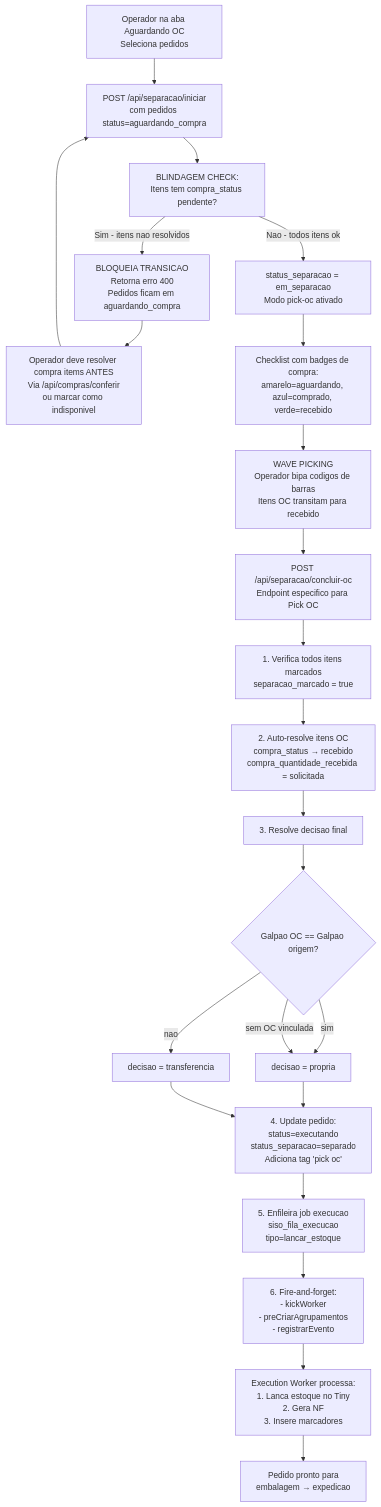
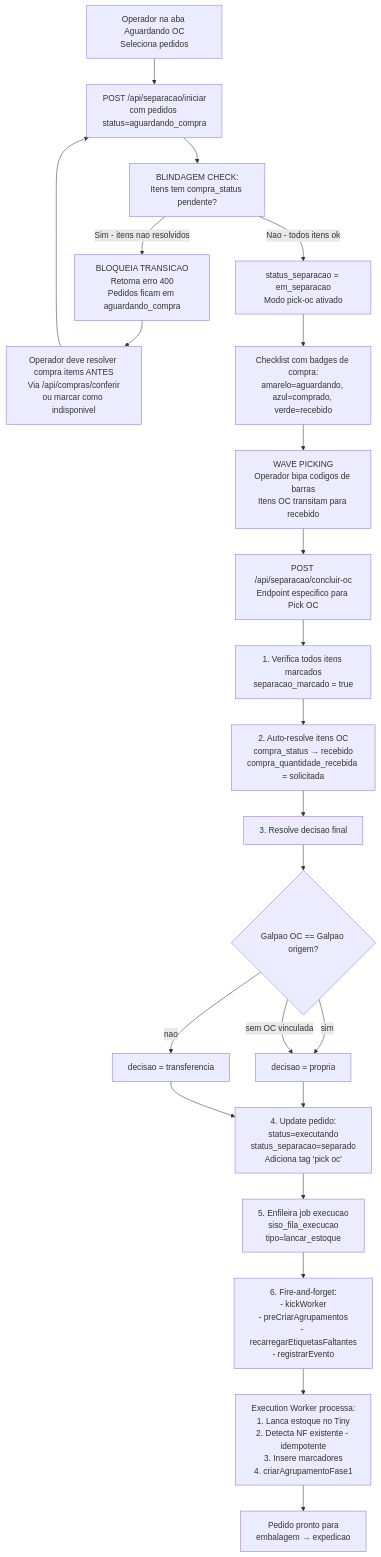
One commit to Eryk-dev/estoquelever changed the sixth of 17 diagrams in docs/fluxos-siso.md. Above: the diagram before and after it, drawn with Mermaid. The commit also changed other lines of this file and 4 other files, not shown here.

````diff
--- a/docs/fluxos-siso.md
+++ b/docs/fluxos-siso.md
@@ -278,36 +286,36 @@
 ```mermaid
 flowchart TD
     A["Operador na aba Aguardando OC<br/>Seleciona pedidos"] --> B["POST /api/separacao/iniciar<br/>com pedidos status=aguardando_compra"]
 
     B --> C["BLINDAGEM CHECK:<br/>Itens tem compra_status pendente?"]
 
     C -->|Sim - itens nao resolvidos| D["BLOQUEIA TRANSICAO<br/>Retorna erro 400<br/>Pedidos ficam em aguardando_compra"]
     D --> E["Operador deve resolver compra items ANTES<br/>Via /api/compras/conferir<br/>ou marcar como indisponivel"]
     E --> B
 
     C -->|Nao - todos itens ok| F["status_separacao = em_separacao<br/>Modo pick-oc ativado"]
     F --> G["Checklist com badges de compra:<br/>amarelo=aguardando, azul=comprado, verde=recebido"]
 
     G --> H["WAVE PICKING<br/>Operador bipa codigos de barras<br/>Itens OC transitam para recebido"]
 
     H --> I["POST /api/separacao/concluir-oc<br/>Endpoint especifico para Pick OC"]
 
     I --> J["1. Verifica todos itens marcados<br/>separacao_marcado = true"]
     J --> K["2. Auto-resolve itens OC<br/>compra_status → recebido<br/>compra_quantidade_recebida = solicitada"]
     K --> L["3. Resolve decisao final"]
 
     L --> M{"Galpao OC == Galpao origem?"}
     M -->|sim| N["decisao = propria"]
     M -->|nao| O["decisao = transferencia"]
     M -->|"sem OC vinculada"| N
 
     N --> P["4. Update pedido:<br/>status=executando<br/>status_separacao=separado<br/>Adiciona tag 'pick oc'"]
     O --> P
 
     P --> Q["5. Enfileira job execucao<br/>siso_fila_execucao<br/>tipo=lancar_estoque"]
-    Q --> R["6. Fire-and-forget:<br/>- kickWorker<br/>- preCriarAgrupamentos<br/>- registrarEvento"]
+    Q --> R["6. Fire-and-forget:<br/>- kickWorker<br/>- preCriarAgrupamentos<br/>- recarregarEtiquetasFaltantes<br/>- registrarEvento"]
 
-    R --> S["Execution Worker processa:<br/>1. Lanca estoque no Tiny<br/>2. Gera NF<br/>3. Insere marcadores"]
+    R --> S["Execution Worker processa:<br/>1. Lanca estoque no Tiny<br/>2. Detecta NF existente - idempotente<br/>3. Insere marcadores<br/>4. criarAgrupamentoFase1"]
 
     S --> T["Pedido pronto para<br/>embalagem → expedicao"]
 ```
````
